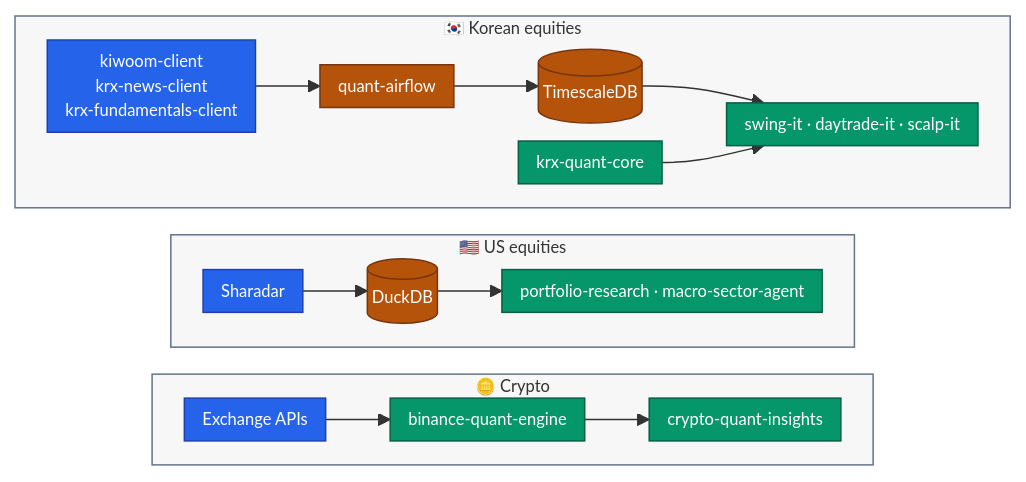
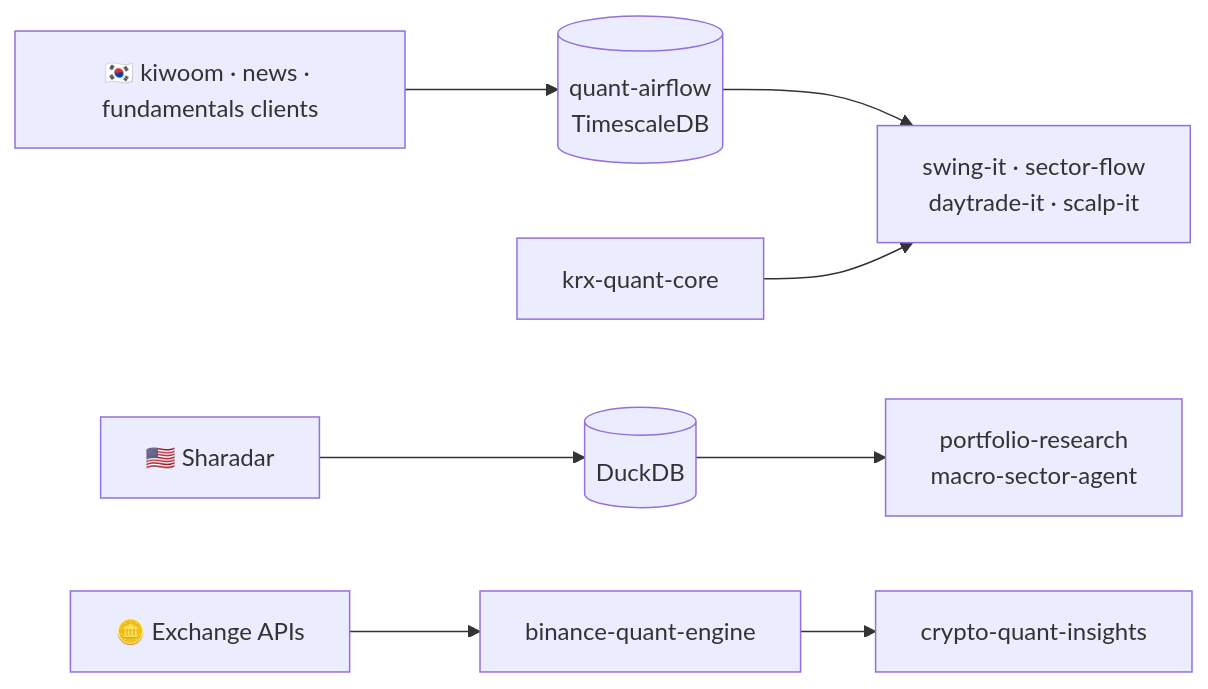
Before and after one commit to younghwan91/younghwan91: the diagram in README.md, drawn with Mermaid. The commit also changed other lines of this file and 5 other files, not shown here.

````diff
--- a/README.md
+++ b/README.md
@@ -33,33 +15,7 @@
 ```mermaid
-%%{init: {"flowchart": {"useMaxWidth": false, "nodeSpacing": 12, "rankSpacing": 18, "padding": 6}, "themeVariables": {"fontSize": "11px"}}}%%
-flowchart TB
-    subgraph KR ["🇰🇷 Korean equities"]
-        direction LR
-        SRC["kiwoom-client<br/>krx-news-client<br/>krx-fundamentals-client"] --> AF["quant-airflow"] --> DB[("TimescaleDB")] --> RS["swing-it · daytrade-it · scalp-it"]
-        KC["krx-quant-core"] --> RS
-    end
-
-    subgraph US ["🇺🇸 US equities"]
-        direction LR
-        SH["Sharadar"] --> DD[("DuckDB")] --> PR["portfolio-research · macro-sector-agent"]
-    end
-
-    subgraph CX ["🪙 Crypto"]
-        direction LR
-        EX["Exchange APIs"] --> CR["binance-quant-engine"] --> CI["crypto-quant-insights"]
-    end
-
-    KR ~~~ US ~~~ CX
-
-    classDef source fill:#2563EB,stroke:#1E40AF,color:#FFFFFF
-    classDef move   fill:#B45309,stroke:#78350F,color:#FFFFFF
-    classDef out    fill:#059669,stroke:#065F46,color:#FFFFFF
-
-    class SRC,SH,EX source
-    class AF,DB,DD move
-    class RS,KC,PR,CR,CI out
-
-    style KR fill:#0F172A08,stroke:#64748B
-    style US fill:#0F172A08,stroke:#64748B
-    style CX fill:#0F172A08,stroke:#64748B
+flowchart LR
+    K1["🇰🇷 kiwoom · news · fundamentals clients"] --> K2[("quant-airflow<br/>TimescaleDB")] --> K3["swing-it · sector-flow<br/>daytrade-it · scalp-it"]
+    KC["krx-quant-core"] --> K3
+    U1["🇺🇸 Sharadar"] --> U2[("DuckDB")] --> U3["portfolio-research<br/>macro-sector-agent"]
+    C1["🪙 Exchange APIs"] --> C2["binance-quant-engine"] --> C3["crypto-quant-insights"]
 ```
````
